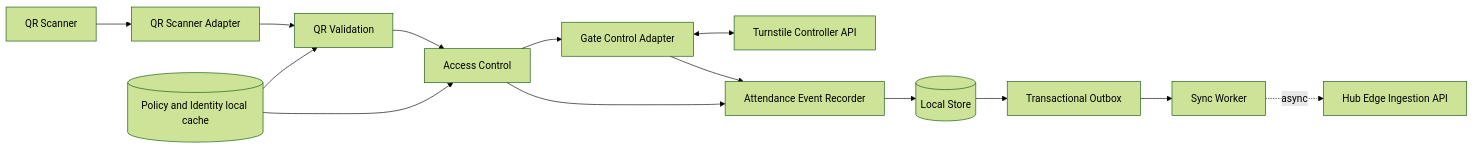
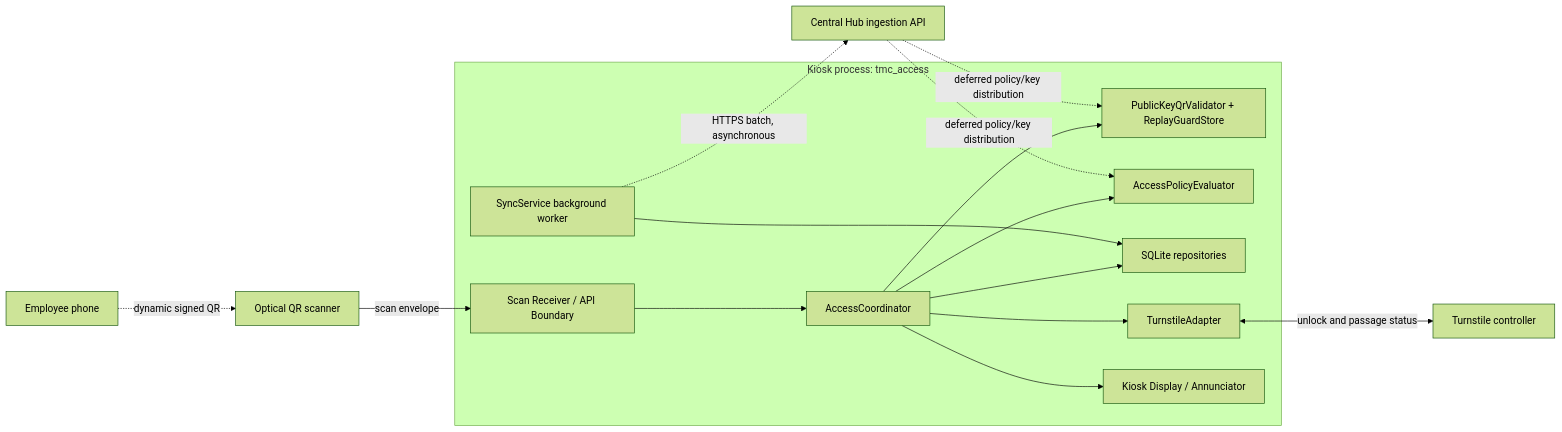
Before and after one commit to theDoub/SA-tmc-attendance-access-control: the first of 2 diagrams in docs/architecture/component-connector-view.md, drawn with Mermaid (forest theme). The commit also changed other lines of this file and 3 other files, not shown here.

Commit message:
docs: complete architecture view documents

````diff
--- a/docs/architecture/component-connector-view.md
+++ b/docs/architecture/component-connector-view.md
@@ -11,16 +27,18 @@
 ```mermaid
 flowchart LR
-    Scanner[QR Scanner] --> SA[QR Scanner Adapter]
-    SA --> QV[QR Validation]
-    QV --> AC[Access Control]
-    AC --> GC[Gate Control Adapter]
-    GC <--> TS[Turnstile Controller API]
-    AC --> AR[Attendance Event Recorder]
-    GC --> AR
-    AR --> LS[(Local Store)]
-    LS --> OB[Transactional Outbox]
-    OB --> SW[Sync Worker]
-    SW -. async .-> HUB[Hub Edge Ingestion API]
-    CACHE[(Policy and Identity local cache)] --> QV
-    CACHE --> AC
+    Phone[Employee phone] -. dynamic signed QR .-> Scanner[Optical QR scanner]
+    Scanner -->|scan envelope| API[Scan Receiver / API Boundary]
+    subgraph Kiosk["Kiosk process: tmc_access"]
+        API --> COORD[AccessCoordinator]
+        COORD --> QR[PublicKeyQrValidator + ReplayGuardStore]
+        COORD --> POLICY[AccessPolicyEvaluator]
+        COORD --> DB[SQLite repositories]
+        COORD --> GATE[TurnstileAdapter]
+        SYNC[SyncService background worker] --> DB
+        COORD --> DISPLAY[Kiosk Display / Annunciator]
+    end
+    GATE <-->|unlock and passage status| CTRL[Turnstile controller]
+    SYNC -. HTTPS batch, asynchronous .-> HUB[Central Hub ingestion API]
+    HUB -. deferred policy/key distribution .-> QR
+    HUB -. deferred policy/key distribution .-> POLICY
 ```
````
